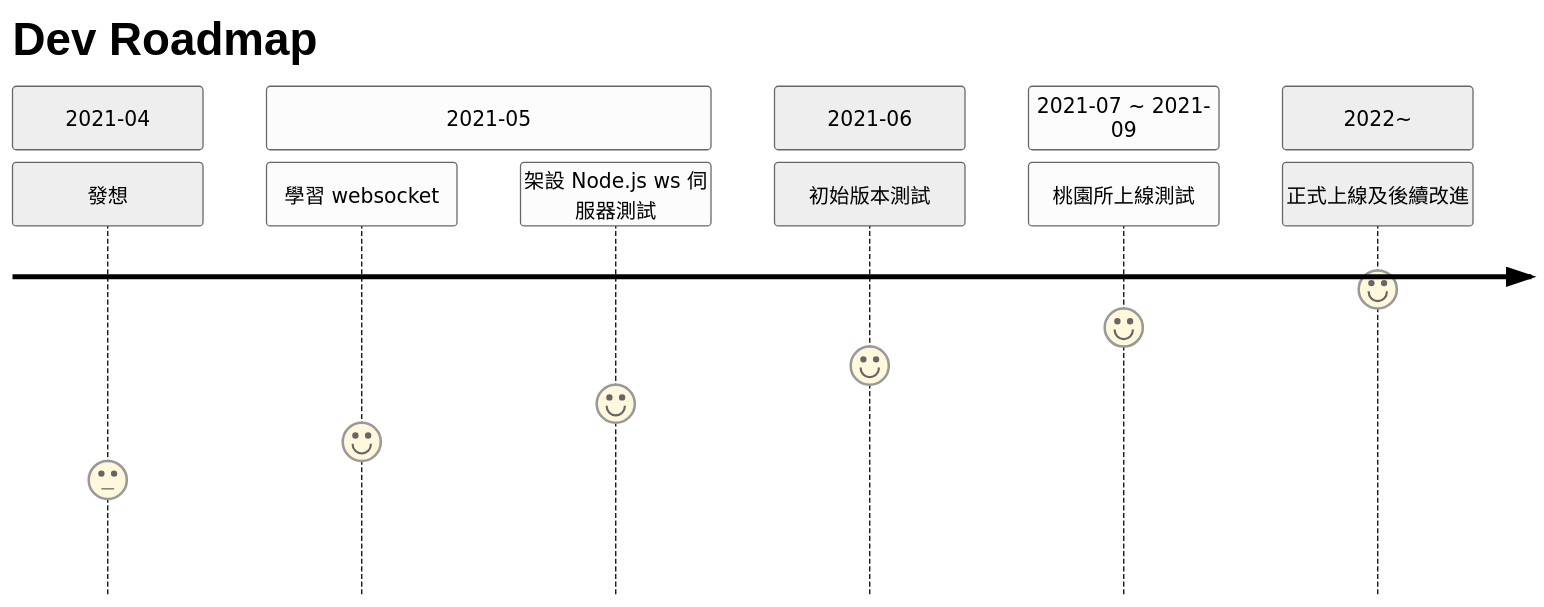
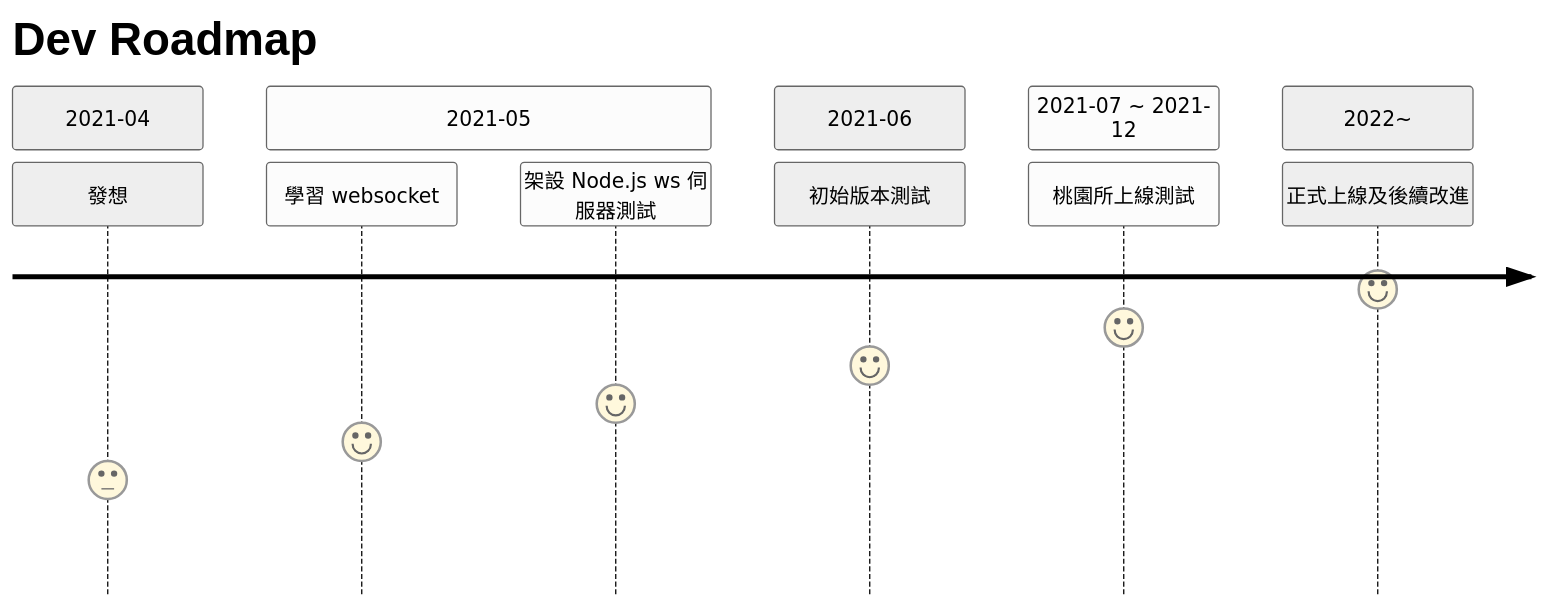
The diagram in README.md (pyliu/lah-messenger), drawn with Mermaid (neutral theme) before and after one commit. The commit also changed other lines of this file, not shown here.

````diff
--- a/README.md
+++ b/README.md
@@ -1,15 +19,15 @@
 ```mermaid
 journey
     title Dev Roadmap
     section 2021-04
       發想: 3
     section 2021-05
       學習 websocket: 4
       架設 Node.js ws 伺服器測試: 5
     section 2021-06
       初始版本測試: 6
-    section 2021-07 ~ 2021-09
+    section 2021-07 ~ 2021-12
       桃園所上線測試: 7
     section 2022~
       正式上線及後續改進: 8
  ```
````
